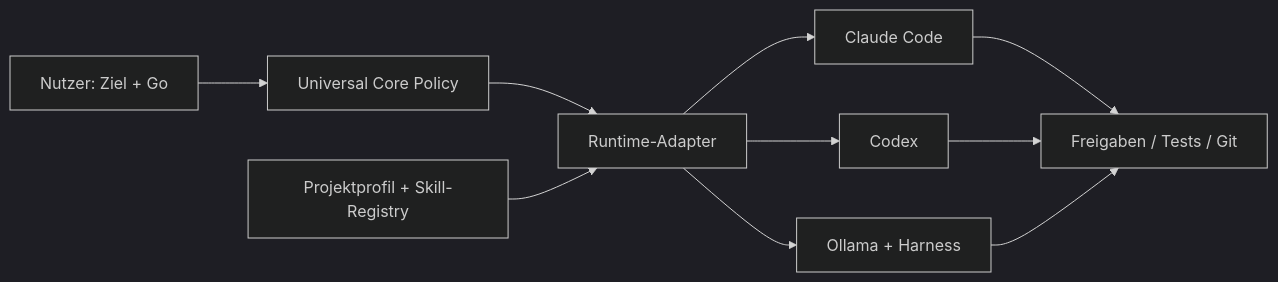
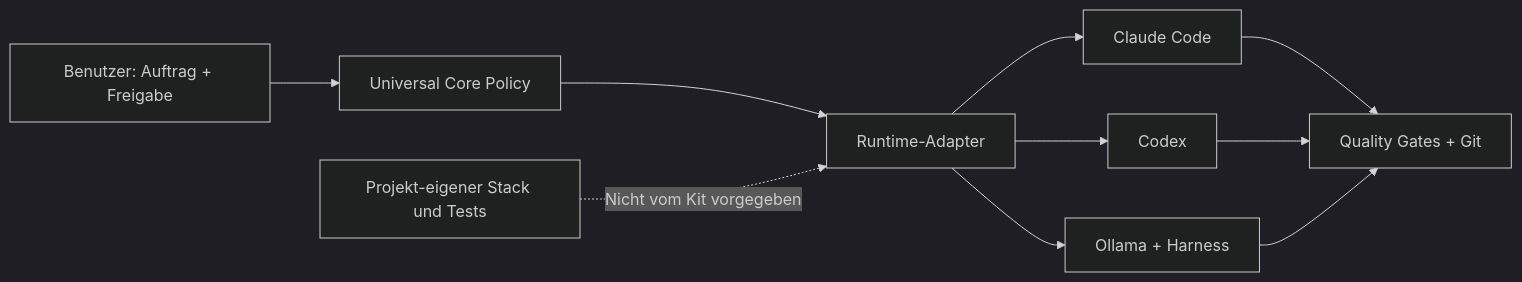
One commit to pancoda-software/portable-agentic-policy-kit changed the diagram in docs/INDEX.md. Above: the diagram before and after it, drawn with Mermaid (dark theme). The commit also changed other lines of this file and 35 other files, not shown here.

First line of the commit message:
feat(policy): publish framework-agnostic kit v1.2.0

````diff
--- a/docs/INDEX.md
+++ b/docs/INDEX.md
@@ -19,12 +17,12 @@
 ```mermaid
 flowchart LR
-    U["Nutzer: Ziel + Go"] --> CORE["Universal Core Policy"]
-    CORE --> R["Runtime-Adapter"]
-    R --> CLAUDE["Claude Code"]
-    R --> CODEX["Codex"]
-    R --> OLLAMA["Ollama + Harness"]
-    P["Projektprofil + Skill-Registry"] --> R
-    CLAUDE --> Q["Freigaben / Tests / Git"]
-    CODEX --> Q
-    OLLAMA --> Q
+    U["Benutzer: Auftrag + Freigabe"] --> CORE["Universal Core Policy"]
+    CORE --> RT["Runtime-Adapter"]
+    RT --> A["Claude Code"]
+    RT --> B["Codex"]
+    RT --> C["Ollama + Harness"]
+    PROJECT["Projekt-eigener Stack und Tests"] -. "Nicht vom Kit vorgegeben" .-> RT
+    A --> G["Quality Gates + Git"]
+    B --> G
+    C --> G
 ```
````
